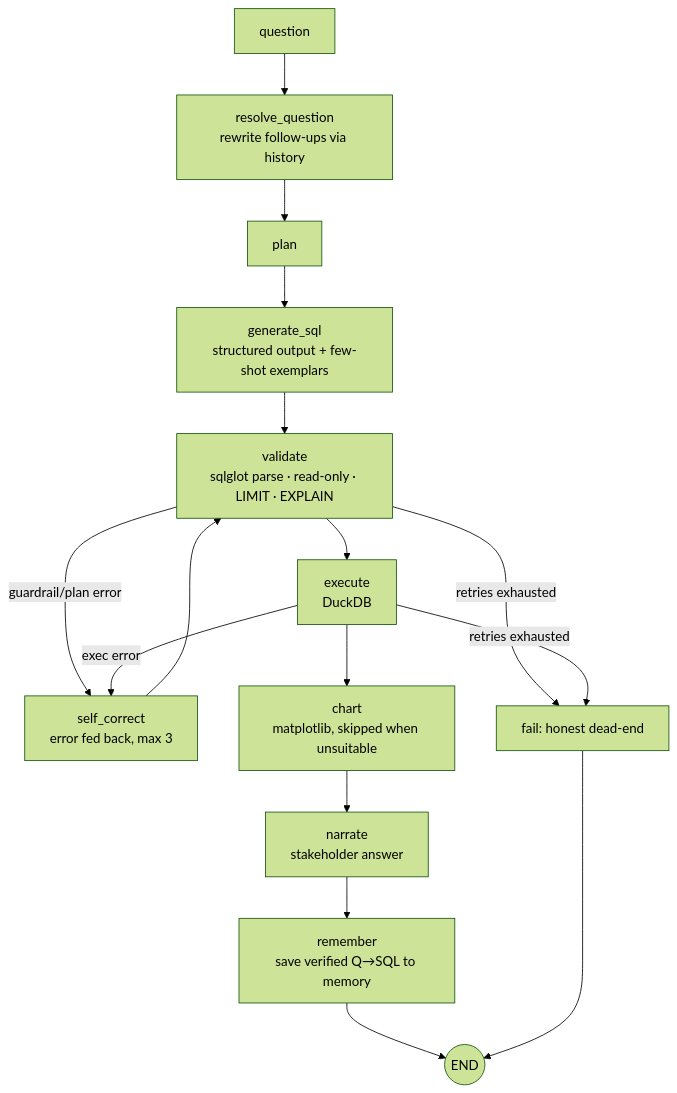
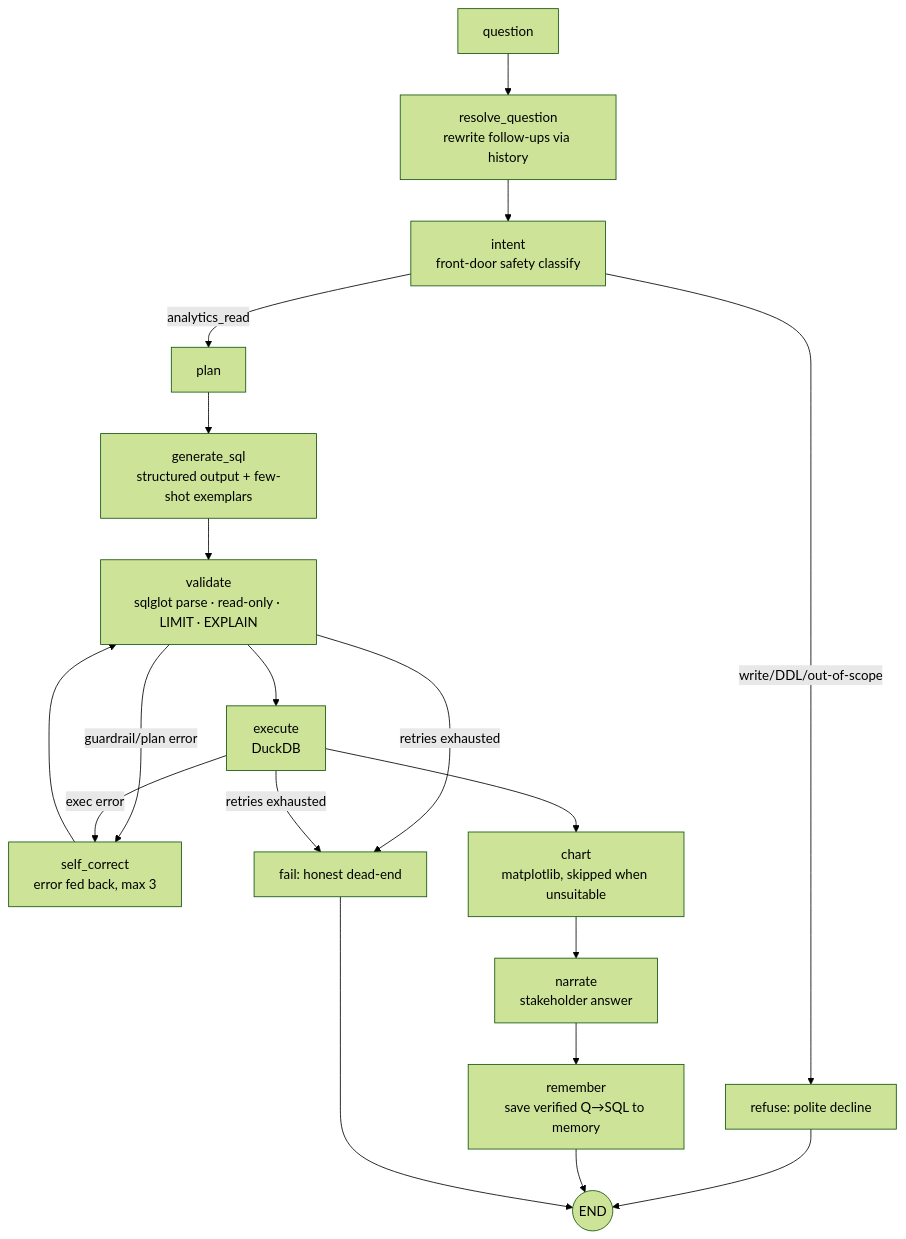
The diagram in README.md (ogemboeugene/bi-analyst-agent), drawn with Mermaid (forest theme) before and after one commit. The commit also changed other lines of this file and 6 other files, not shown here.

Commit message:
feat: CI workflow, MCP server, langgraph dev config, demo chart

````diff
--- a/README.md
+++ b/README.md
@@ -10,18 +12,21 @@
 ```mermaid
 graph TD
     Q[question] --> RQ[resolve_question<br/>rewrite follow-ups via history]
-    RQ --> P[plan]
+    RQ --> I[intent<br/>front-door safety classify]
+    I -->|write/DDL/out-of-scope| REF[refuse: polite decline]
+    REF --> END((END))
+    I -->|analytics_read| P[plan]
     P --> G[generate_sql<br/>structured output + few-shot exemplars]
     G --> V[validate<br/>sqlglot parse · read-only · LIMIT · EXPLAIN]
     V -->|guardrail/plan error| SC
     V --> E[execute<br/>DuckDB]
     E -->|exec error| SC[self_correct<br/>error fed back, max 3]
     SC --> V
     E --> C[chart<br/>matplotlib, skipped when unsuitable]
     C --> N[narrate<br/>stakeholder answer]
     N --> M[remember<br/>save verified Q→SQL to memory]
     M --> END((END))
     V -->|retries exhausted| F[fail: honest dead-end]
     E -->|retries exhausted| F
     F --> END
 ```
````
